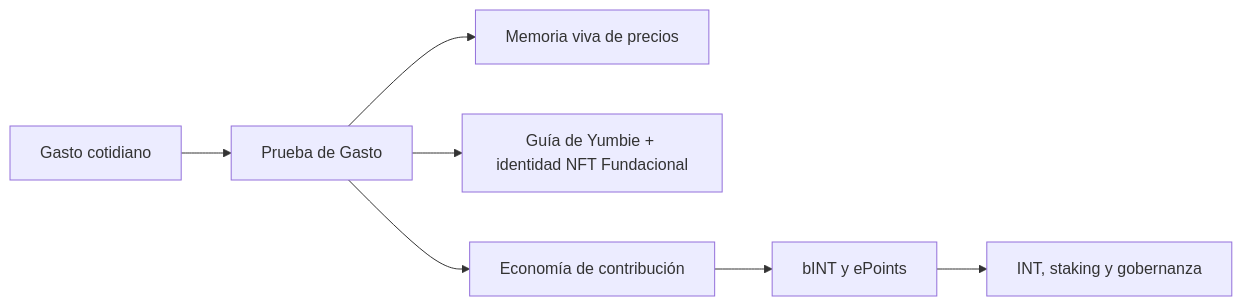
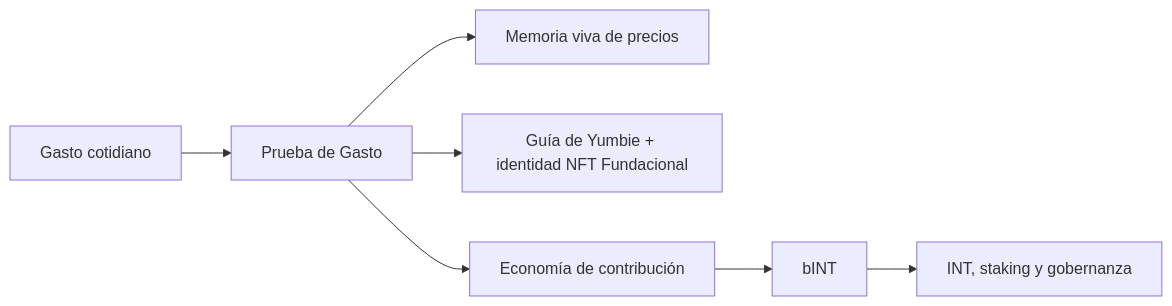
One commit to Yumo-Yumo-Inc/yumoyumohq changed the diagram in content/whitepaper/es/README.md. Above: the diagram before and after it, drawn with Mermaid. The commit also changed other lines of this file and 1048 other files, not shown here.

````diff
--- a/content/whitepaper/es/README.md
+++ b/content/whitepaper/es/README.md
@@ -19,9 +25,9 @@
 ```mermaid
 flowchart LR
     A["Gasto cotidiano"] --> B["Prueba de Gasto"]
     B --> C["Memoria viva de precios"]
     B --> D["Guía de Yumbie + identidad NFT Fundacional"]
     B --> E["Economía de contribución"]
-    E --> F["bINT y ePoints"]
+    E --> F["bINT"]
     F --> G["INT, staking y gobernanza"]
 ```
````
